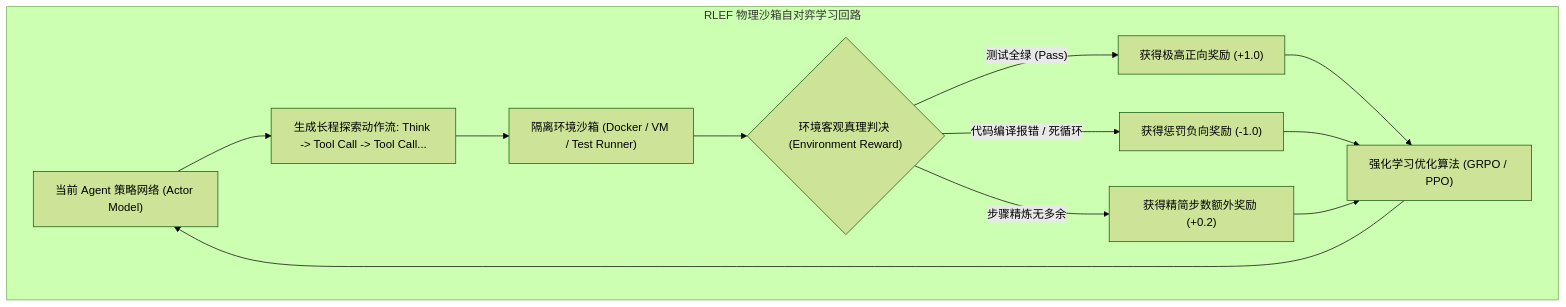
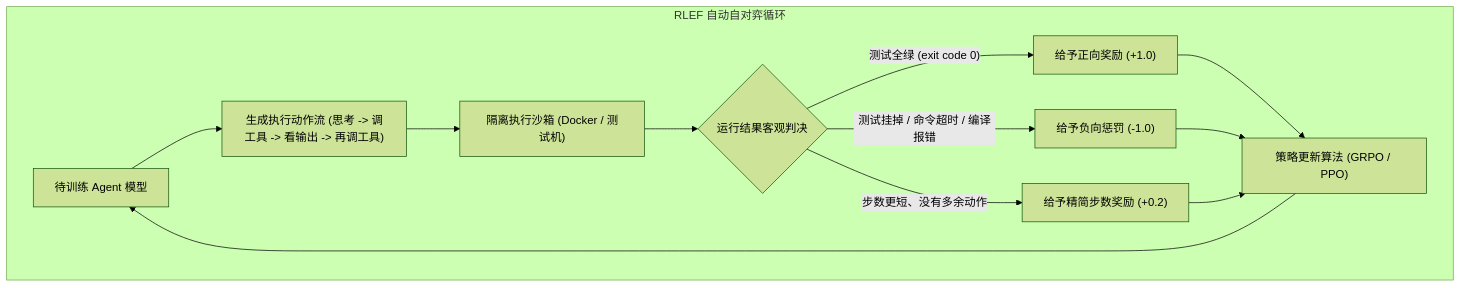
One commit to ljh12138164/ai-agent-study changed the first of 4 diagrams in app/ch08-post-training/03-rlef-and-test-time-compute/page.mdx. Above: the diagram before and after it, drawn with Mermaid (forest theme). The commit also changed other lines of this file and 43 other files, not shown here.

````diff
--- a/app/ch08-post-training/03-rlef-and-test-time-compute/page.mdx
+++ b/app/ch08-post-training/03-rlef-and-test-time-compute/page.mdx
@@ -17,15 +17,15 @@
 ```mermaid
-graph TD
-    subgraph RLEFLoop["RLEF 物理沙箱自对弈学习回路"]
-        Policy["当前 Agent 策略网络 (Actor Model)"] --> ActionSeq["生成长程探索动作流: Think -> Tool Call -> Tool Call..."]
-        ActionSeq --> Env["隔离环境沙箱 (Docker / VM / Test Runner)"]
+flowchart TD
+    subgraph RLEFLoop["RLEF 自动自对弈循环"]
+        Agent["待训练 Agent 模型"] --> Actions["生成执行动作流 (思考 -> 调工具 -> 看输出 -> 再调工具)"]
+        Actions --> Docker["隔离执行沙箱 (Docker / 测试机)"]
         
-        Env --> Reward{"环境客观真理判决 (Environment Reward)"}
-        Reward -- "测试全绿 (Pass)" --> HighR["获得极高正向奖励 (+1.0)"]
-        Reward -- "代码编译报错 / 死循环" --> LowR["获得惩罚负向奖励 (-1.0)"]
-        Reward -- "步骤精炼无多余" --> BonusR["获得精简步数额外奖励 (+0.2)"]
+        Docker --> Feedback{"运行结果客观判决"}
+        Feedback -- "测试全绿 (exit code 0)" --> Pass["给予正向奖励 (+1.0)"]
+        Feedback -- "测试挂掉 / 命令超时 / 编译报错" --> Fail["给予负向惩罚 (-1.0)"]
+        Feedback -- "步数更短、没有多余动作" --> Bonus["给予精简步数奖励 (+0.2)"]
         
-        HighR & LowR & BonusR --> Optimizer["强化学习优化算法 (GRPO / PPO)"]
-        Optimizer --> Policy
+        Pass & Fail & Bonus --> RLAlgo["策略更新算法 (GRPO / PPO)"]
+        RLAlgo --> Agent
     end
 ```
````
